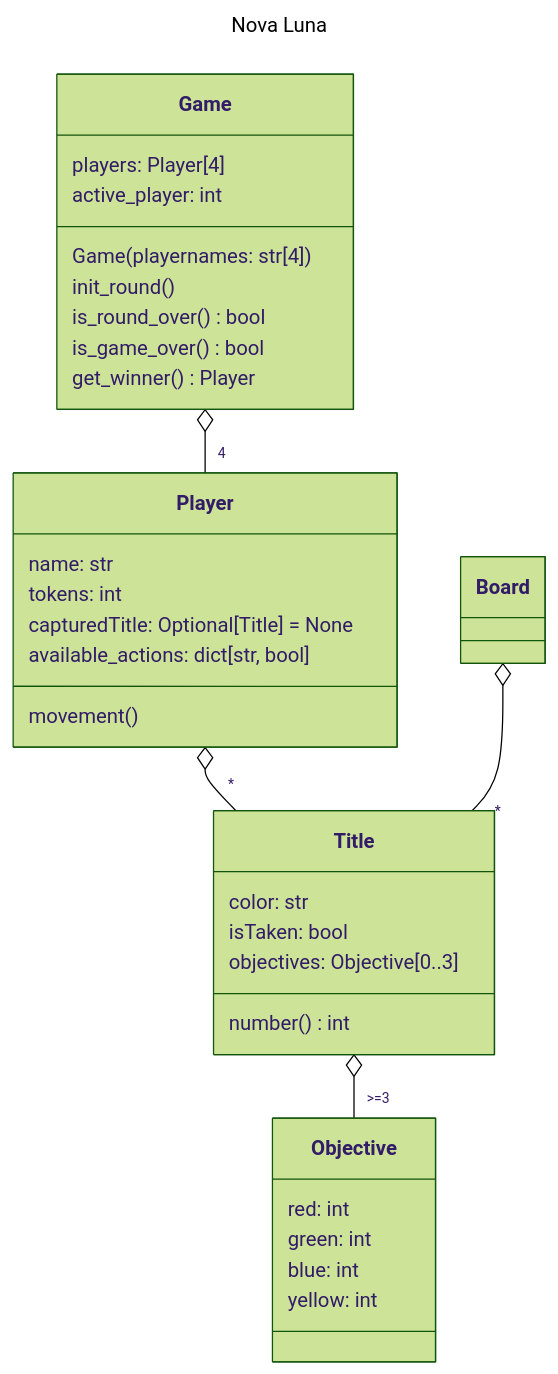
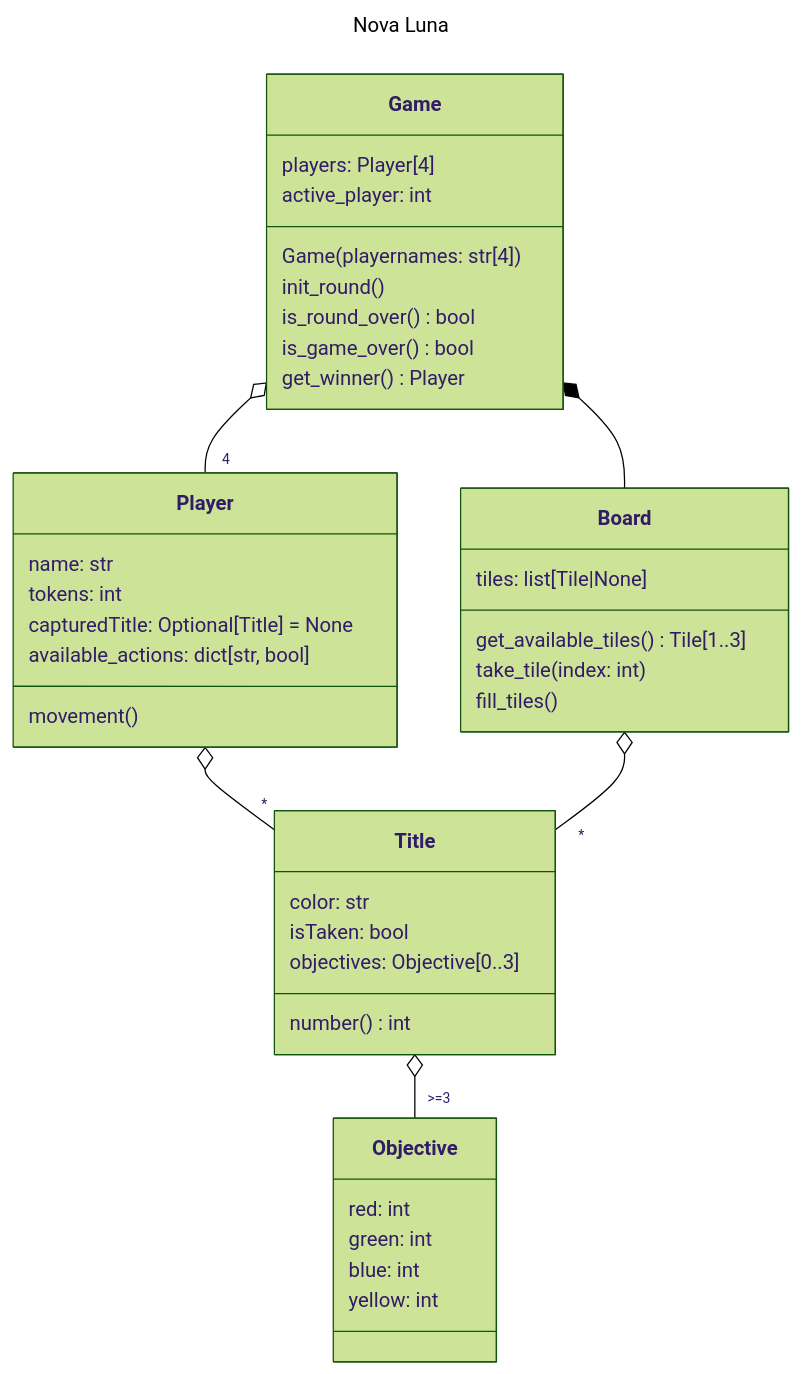
The diagram in classdiagram.md (Uni-Sopron/nova-luna), drawn with Mermaid (forest theme) before and after one commit.

Commit message:
Hold jelző alapján lehet lapot húzni

````diff
--- a/classdiagram.md
+++ b/classdiagram.md
@@ -1,45 +1,51 @@
 ```mermaid
 ---
 title: Nova Luna
 ---
 classDiagram
 
 class Game {
     players: Player[4]
     active_player: int
     Game(playernames: str[4])
     init_round()
     is_round_over() bool
     is_game_over() bool
     get_winner() Player
 }
 
 class Player {
     name: str
     tokens: int
     capturedTitle: Optional[Title] = None
     available_actions: dict[str, bool]
     movement()
 }
 Game o-- "4" Player
 
 class Title {
     color: str
     isTaken: bool
     objectives: Objective[0..3]
     number() int
 }
 Player o-- "*" Title
 
-class Board
+class Board {
+    tiles: list[Tile|None]
+    get_available_tiles() Tile[1..3]
+    take_tile(index: int)
+    fill_tiles()
+}
+Game *-- Board
 
 class Objective {
     red: int
     green: int
     blue: int
     yellow: int
 }
 Board o-- "*" Title
 Title o-- ">=3" Objective
 
 ```
````
